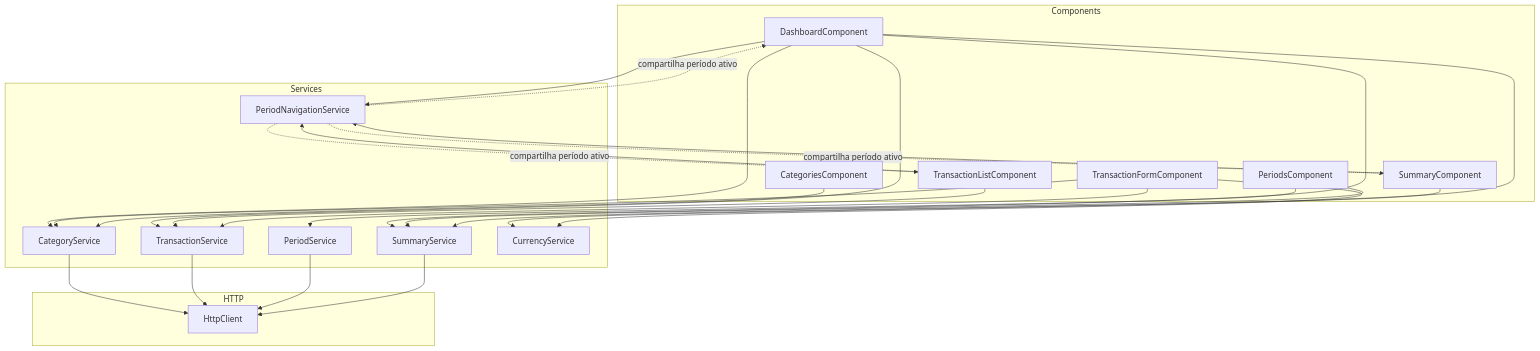
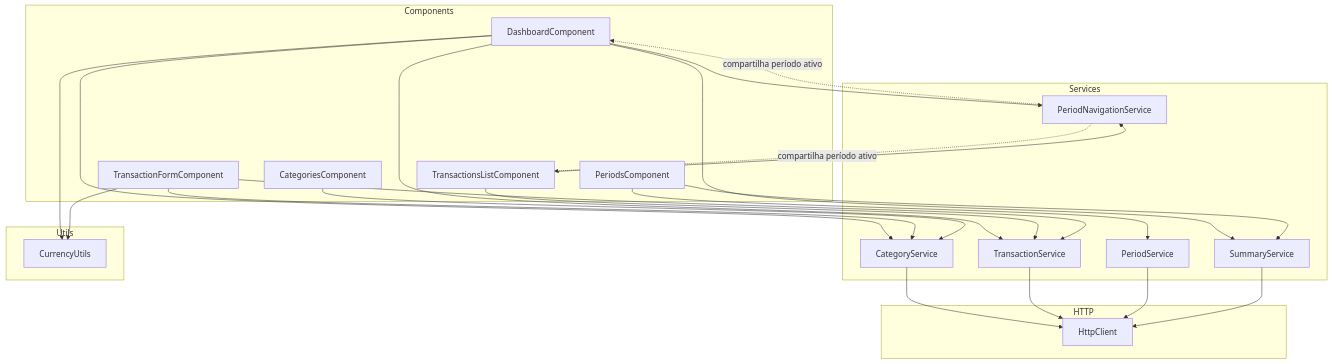
One commit to Chamoouske/finance-tracker changed the first of 3 diagrams in docs/frontend-architecture-angular.md. Above: the diagram before and after it, drawn with Mermaid. The commit also changed other lines of this file and 3 other files, not shown here.

````diff
--- a/docs/frontend-architecture-angular.md
+++ b/docs/frontend-architecture-angular.md
@@ -384,51 +396,50 @@
 ```mermaid
 flowchart TD
     subgraph Components
         DC[DashboardComponent]
-        TLC[TransactionListComponent]
+        TLC[TransactionsListComponent]
         TFC[TransactionFormComponent]
         CC[CategoriesComponent]
         PC[PeriodsComponent]
-        SC[SummaryComponent]
     end
-    
+
     subgraph Services
         CS[CategoryService]
         TS[TransactionService]
         PS[PeriodService]
         SS[SummaryService]
-        US[CurrencyService]
         PNS[PeriodNavigationService]
     end
-    
+
+    subgraph Utils
+        CU[CurrencyUtils]
+    end
+
     subgraph HTTP
         H[HttpClient]
     end
-    
+
     DC --> CS
     DC --> TS
     DC --> SS
-    DC --> US
+    DC --> CU
     DC --> PNS
-    
+
     TLC --> TS
     TLC --> PNS
     TFC --> TS
     TFC --> CS
-    TFC --> US
-    
+    TFC --> CU
+
     CC --> CS
     PC --> PS
     PC --> SS
-    SC --> SS
-    SC --> PNS
-    
+
     CS --> H
     TS --> H
     PS --> H
     SS --> H
-    
+
     PNS -.-> |compartilha período ativo| DC
     PNS -.-> |compartilha período ativo| TLC
-    PNS -.-> |compartilha período ativo| SC
 ```
````
